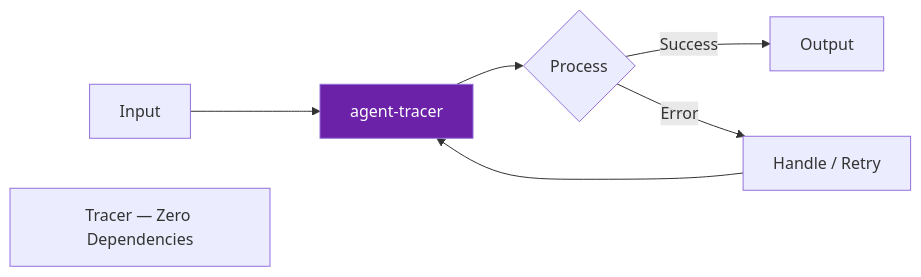
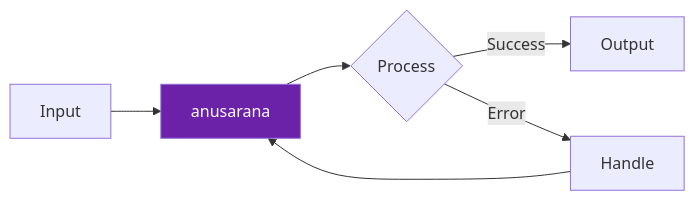
Before and after one commit to darshjme/anusarana: the diagram in README.md, drawn with Mermaid. The commit also changed other lines of this file and 1 other file, not shown here.

First line of the commit message:
feat(vedic-v3): rename to anusarana (अनुसरण)

````diff
--- a/README.md
+++ b/README.md
@@ -48,10 +39,9 @@
 ```mermaid
 flowchart LR
-    A[Input] --> B[agent-tracer]
+    A[Input] --> B[anusarana]
     B --> C{Process}
     C -- Success --> D[Output]
-    C -- Error --> E[Handle / Retry]
+    C -- Error --> E[Handle]
     E --> B
     style B fill:#6b21a8,color:#fff
-    note["Tracer — Zero Dependencies"]
 ```
````
